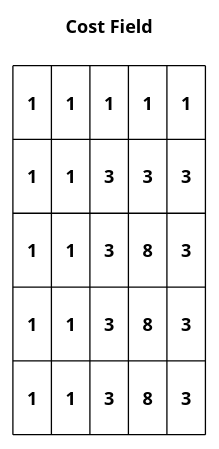
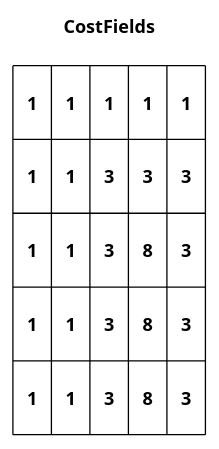
Before and after one commit to BlondeBurrito/bevy_flowfield_tiles_plugin: the diagram in docs/cost_field_hill.puml, drawn with PlantUML. The commit also changed 8 other files, not shown here.

```diff
--- a/docs/cost_field_hill.puml
+++ b/docs/cost_field_hill.puml
@@ -1,12 +1,12 @@
 @startuml cost_field_hill
 
 title
-Cost Field
+CostFields
 
 |\n   1   \n|\n   1   \n|\n   1   \n|\n   1   \n|\n   1   \n|
 |\n   1   \n|\n   1   \n|\n   3   \n|\n   3   \n|\n   3   \n|
 |\n   1   \n|\n   1   \n|\n   3   \n|\n   8   \n|\n   3   \n|
 |\n   1   \n|\n   1   \n|\n   3   \n|\n   8   \n|\n   3   \n|
 |\n   1   \n|\n   1   \n|\n   3   \n|\n   8   \n|\n   3   \n|
 end title
 @enduml
```
